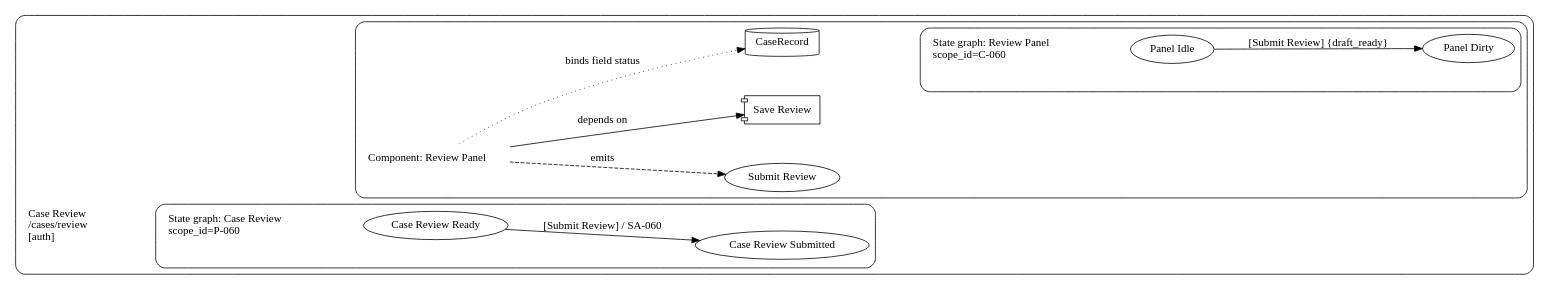
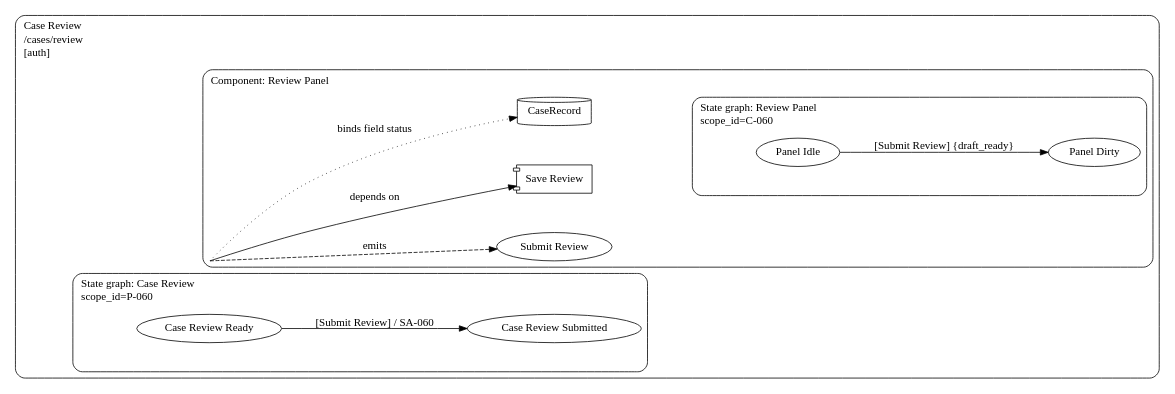
The diagram in examples/rendered/v0.1/ui_contracts_diagram_type/ui_state_fallback_example/recommended_profile/ui_state_fallback.ui_contracts.dot (knutopia/Structured-Design-Documents), drawn with Graphviz before and after one commit. The commit also changed 29 other files, not shown here.

```diff
--- a/examples/rendered/v0.1/ui_contracts_diagram_type/ui_state_fallback_example/recommended_profile/ui_state_fallback.ui_contracts.dot
+++ b/examples/rendered/v0.1/ui_contracts_diagram_type/ui_state_fallback_example/recommended_profile/ui_state_fallback.ui_contracts.dot
@@ -1,39 +1,39 @@
 digraph ui_contracts {
   rankdir=LR;
   graph [fontname="Public Sans", compound=true, nodesep=0.7, ranksep=1.0];
   node [fontname="Public Sans"];
   edge [fontname="Public Sans"];
   subgraph cluster_P_060 {
-    graph [label="", style="rounded"];
-    "P-060__title" [shape="plaintext", label="Case Review\l/cases/review\l[auth]\l"];
+    graph [label=<<TABLE BORDER="0" CELLBORDER="0" CELLPADDING="0"><TR><TD ALIGN="LEFT">Case Review</TD></TR><TR><TD ALIGN="LEFT">/cases/review</TD></TR><TR><TD ALIGN="LEFT">[auth]</TD></TR></TABLE>>, style="rounded", labelloc="t", labeljust="l"];
+    "P-060__anchor" [label="", shape="point", width=0, height=0, style="invis"];
     subgraph cluster_secondary_state_group_P_060 {
-      graph [label="", style="rounded"];
-      "secondary_state_group:P-060__title" [shape="plaintext", label="State graph: Case Review\lscope_id=P-060\l"];
+      graph [label=<<TABLE BORDER="0" CELLBORDER="0" CELLPADDING="0"><TR><TD ALIGN="LEFT">State graph: Case Review</TD></TR><TR><TD ALIGN="LEFT">scope_id=P-060</TD></TR></TABLE>>, style="rounded", labelloc="t", labeljust="l"];
+      "secondary_state_group:P-060__anchor" [label="", shape="point", width=0, height=0, style="invis"];
       "ST-060a" [shape="ellipse", label="Case Review Ready"];
       "ST-060b" [shape="ellipse", label="Case Review Submitted"];
     }
     subgraph cluster_C_060 {
-      graph [label="", style="rounded"];
-      "C-060__title" [shape="plaintext", label="Component: Review Panel\l"];
+      graph [label=<<TABLE BORDER="0" CELLBORDER="0" CELLPADDING="0"><TR><TD ALIGN="LEFT">Component: Review Panel</TD></TR></TABLE>>, style="rounded", labelloc="t", labeljust="l"];
+      "C-060__anchor" [label="", shape="point", width=0, height=0, style="invis"];
       "E-060" [shape="oval", label="Submit Review"];
       "SA-060" [shape="component", label="Save Review"];
       "D-060" [shape="cylinder", label="CaseRecord"];
       subgraph cluster_secondary_state_group_C_060 {
-        graph [label="", style="rounded"];
-        "secondary_state_group:C-060__title" [shape="plaintext", label="State graph: Review Panel\lscope_id=C-060\l"];
+        graph [label=<<TABLE BORDER="0" CELLBORDER="0" CELLPADDING="0"><TR><TD ALIGN="LEFT">State graph: Review Panel</TD></TR><TR><TD ALIGN="LEFT">scope_id=C-060</TD></TR></TABLE>>, style="rounded", labelloc="t", labeljust="l"];
+        "secondary_state_group:C-060__anchor" [label="", shape="point", width=0, height=0, style="invis"];
         "ST-061a" [shape="ellipse", label="Panel Idle"];
         "ST-061b" [shape="ellipse", label="Panel Dirty"];
       }
     }
   }
-  "P-060__title" -> "secondary_state_group:P-060__title" [style=invis, weight=100];
-  "secondary_state_group:P-060__title" -> "C-060__title" [style=invis, weight=100];
-  "secondary_state_group:P-060__title" -> "ST-060a" [style=invis, weight=100];
-  "D-060" -> "secondary_state_group:C-060__title" [style=invis, weight=100];
-  "secondary_state_group:C-060__title" -> "ST-061a" [style=invis, weight=100];
-  "C-060__title" -> "D-060" [label="binds field status", style="dotted", constraint=true];
-  "C-060__title" -> "SA-060" [label="depends on", constraint=true];
-  "C-060__title" -> "E-060" [label="emits", style="dashed", constraint=true];
+  "P-060__anchor" -> "secondary_state_group:P-060__anchor" [style=invis, weight=100];
+  "secondary_state_group:P-060__anchor" -> "C-060__anchor" [style=invis, weight=100];
+  "secondary_state_group:P-060__anchor" -> "ST-060a" [style=invis, weight=100];
+  "D-060" -> "secondary_state_group:C-060__anchor" [style=invis, weight=100];
+  "secondary_state_group:C-060__anchor" -> "ST-061a" [style=invis, weight=100];
+  "C-060__anchor" -> "D-060" [label="binds field status", style="dotted", constraint=true];
+  "C-060__anchor" -> "SA-060" [label="depends on", constraint=true];
+  "C-060__anchor" -> "E-060" [label="emits", style="dashed", constraint=true];
   "ST-060a" -> "ST-060b" [label="[Submit Review] / SA-060", style="solid", weight=4];
   "ST-061a" -> "ST-061b" [label="[Submit Review] {draft_ready}", style="solid", weight=4];
 }
```
